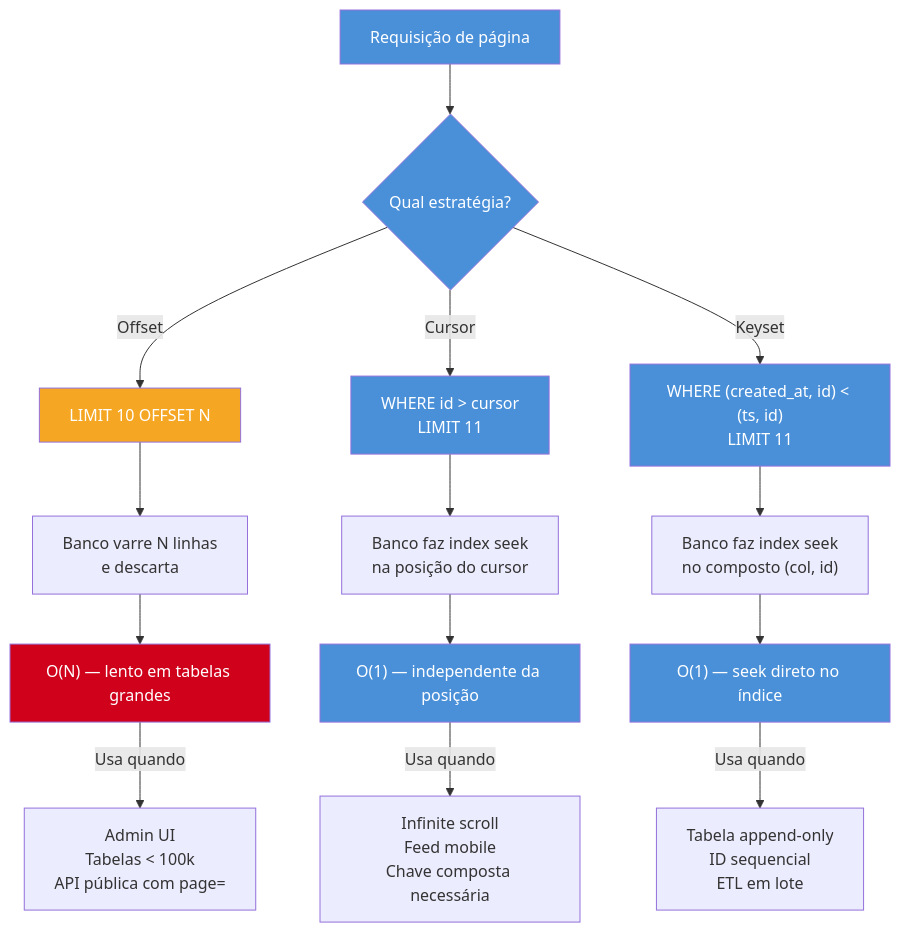
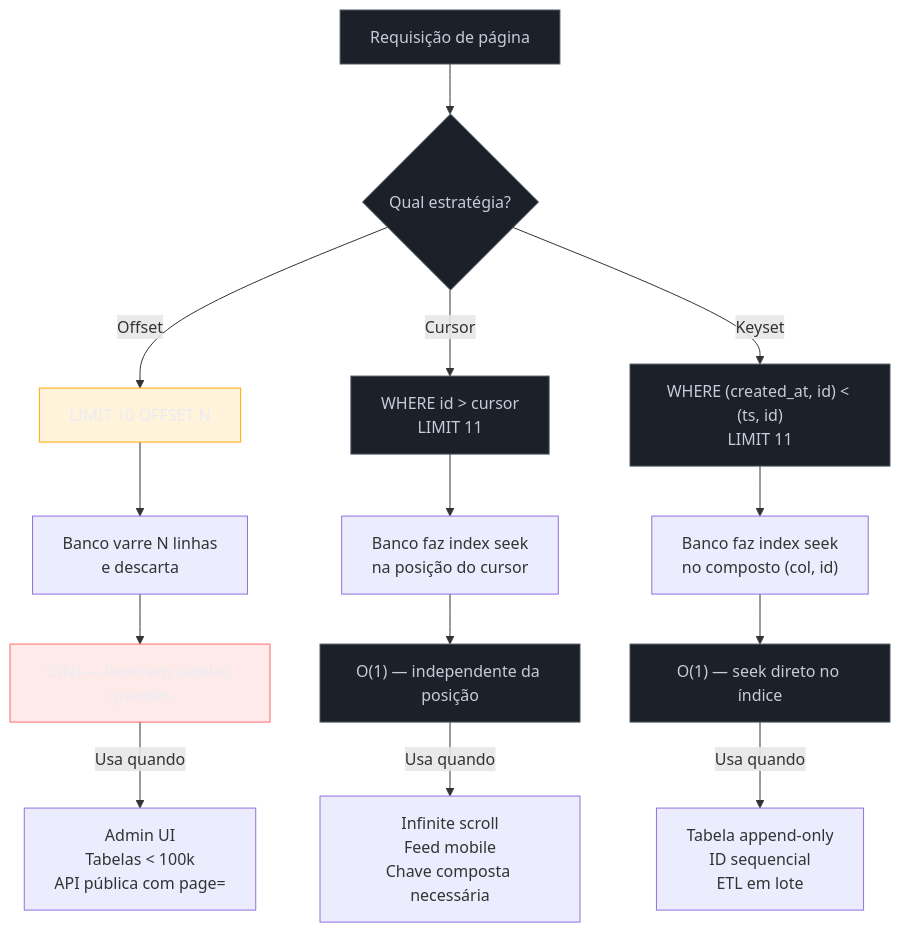
Before and after one commit to josenaldo/codex-technomanticus: the diagram in 03-Dominios/Tecnologia/Node/ORMs e banco de dados/09 - Paginação - offset, cursor e keyset.md, drawn with Mermaid. The commit also changed 1181 other files, not shown here.

First line of the commit message:
fix(diagramas): paleta do sistema no lugar de cor cravada no markdown

````diff
--- a/03-Dominios/Tecnologia/Node/ORMs e banco de dados/09 - Paginação - offset, cursor e keyset.md
+++ b/03-Dominios/Tecnologia/Node/ORMs e banco de dados/09 - Paginação - offset, cursor e keyset.md
@@ -26,29 +26,32 @@
 ```mermaid
 flowchart TD
+    classDef neutro fill:#1B2029,stroke:#4E5666,color:#C6CCD8
+    classDef destaque fill:#FFAA0024,stroke:#FFAA00,color:#E9ECF2
+    classDef falha fill:#FF6B6B24,stroke:#FF6B6B,color:#E9ECF2
     REQ["Requisição de página"] --> Q{"Qual estratégia?"}
 
     Q -->|Offset| OFF["LIMIT 10 OFFSET N"]
     Q -->|Cursor| CUR["WHERE id > cursor\nLIMIT 11"]
     Q -->|Keyset| KEY["WHERE (created_at, id) < (ts, id)\nLIMIT 11"]
 
     OFF --> OFF_DB["Banco varre N linhas\ne descarta"]
     CUR --> CUR_DB["Banco faz index seek\nna posição do cursor"]
     KEY --> KEY_DB["Banco faz index seek\nno composto (col, id)"]
 
     OFF_DB --> OFF_PERF["O(N) — lento em tabelas grandes"]
     CUR_DB --> CUR_PERF["O(1) — independente da posição"]
     KEY_DB --> KEY_PERF["O(1) — seek direto no índice"]
 
     OFF_PERF -->|"Usa quando"| OFF_USE["Admin UI\nTabelas < 100k\nAPI pública com page="]
     CUR_PERF -->|"Usa quando"| CUR_USE["Infinite scroll\nFeed mobile\nChave composta necessária"]
     KEY_PERF -->|"Usa quando"| KEY_USE["Tabela append-only\nID sequencial\nETL em lote"]
 
-    style REQ fill:#4A90D9,color:#fff
-    style Q fill:#4A90D9,color:#fff
-    style OFF fill:#F5A623,color:#fff
-    style CUR fill:#4A90D9,color:#fff
-    style KEY fill:#4A90D9,color:#fff
-    style OFF_PERF fill:#D0021B,color:#fff
-    style CUR_PERF fill:#4A90D9,color:#fff
-    style KEY_PERF fill:#4A90D9,color:#fff
+    class REQ neutro
+    class Q neutro
+    class OFF destaque
+    class CUR neutro
+    class KEY neutro
+    class OFF_PERF falha
+    class CUR_PERF neutro
+    class KEY_PERF neutro
 ```
````
